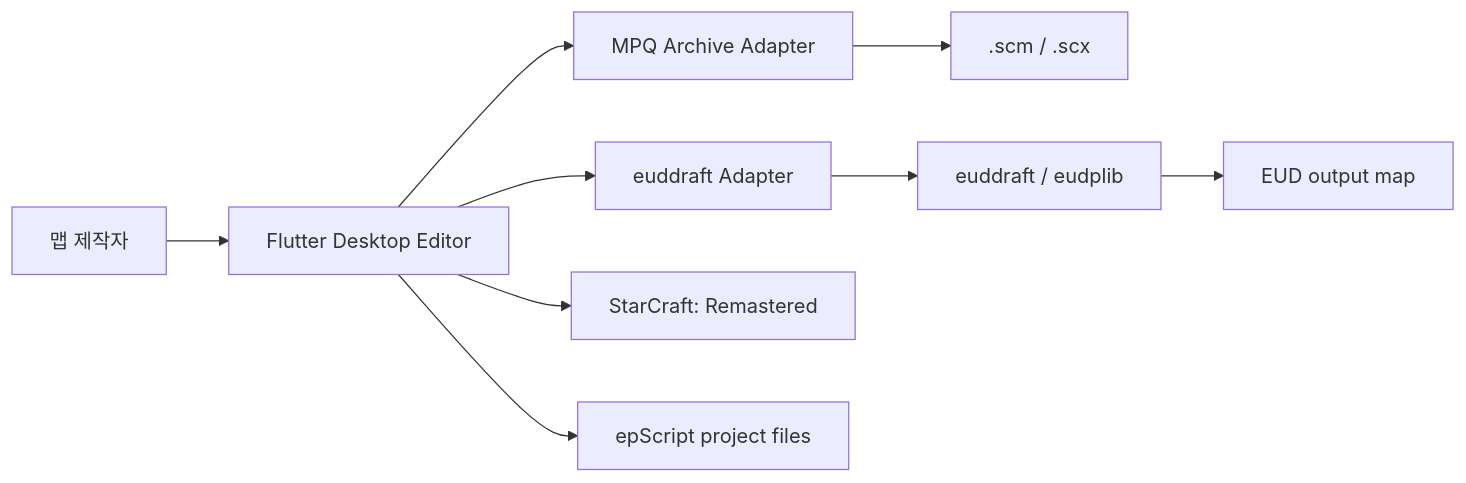
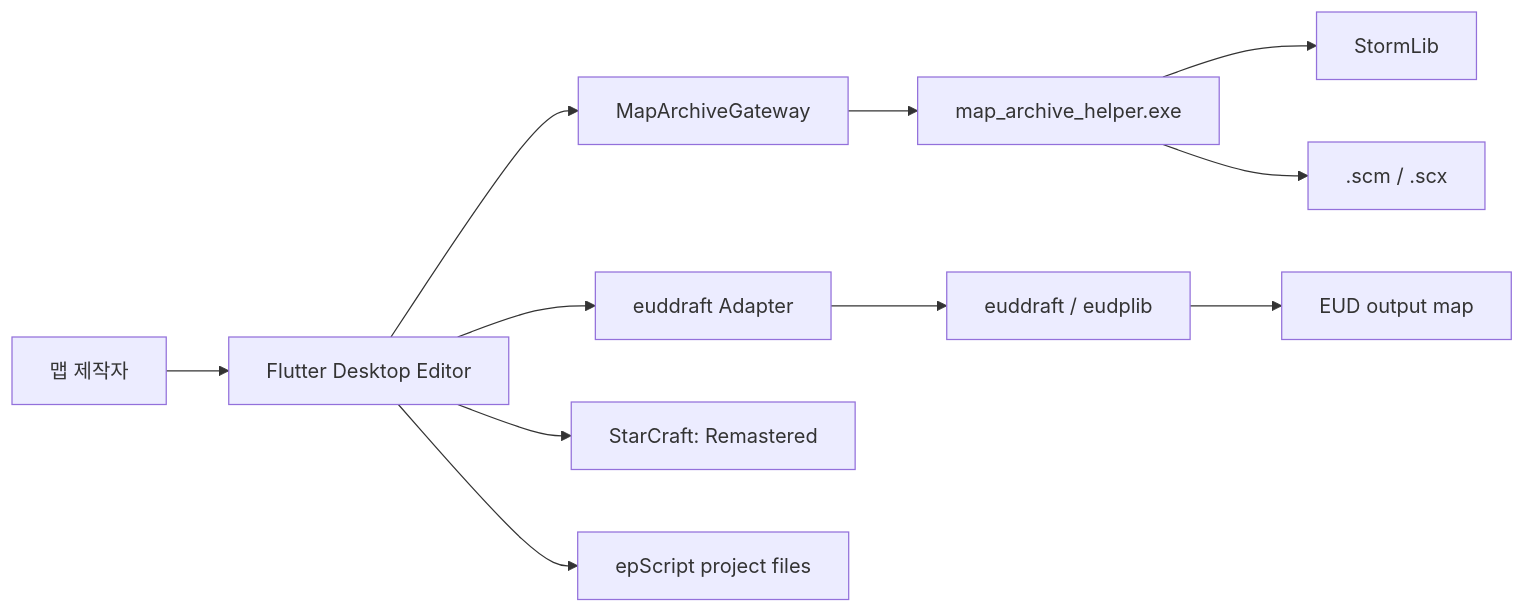
The first of 4 diagrams in docs/ARCHITECTURE.md (blackvrice/starcraft_map_editor), drawn with Mermaid before and after one commit. The commit also changed other lines of this file and 4 other files, not shown here.

Commit message:
docs: choose StormLib helper process bridge

````diff
--- a/docs/ARCHITECTURE.md
+++ b/docs/ARCHITECTURE.md
@@ -17,11 +17,13 @@
 ```mermaid
 flowchart LR
     User["맵 제작자"] --> App["Flutter Desktop Editor"]
-    App --> Archive["MPQ Archive Adapter"]
-    Archive --> Map[".scm / .scx"]
+    App --> Archive["MapArchiveGateway"]
+    Archive --> Helper["map_archive_helper.exe"]
+    Helper --> StormLib["StormLib"]
+    Helper --> Map[".scm / .scx"]
     App --> Compiler["euddraft Adapter"]
     Compiler --> Tool["euddraft / eudplib"]
     Tool --> Output["EUD output map"]
     App --> Game["StarCraft: Remastered"]
     App --> Workspace["epScript project files"]
 ```
````
